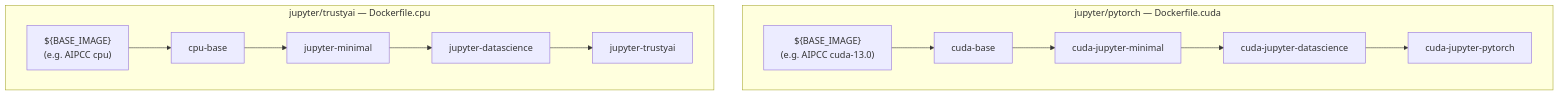
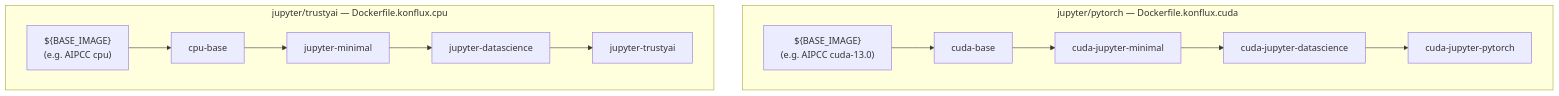
The diagram in docs/developer-guide.md (opendatahub-io/notebooks), drawn with Mermaid before and after one commit. The commit also changed 43 other files, not shown here.

First line of the commit message:
RHAIENG-5164: build: remove Dockerfile symlinks and rename KONFLUX to PRODUCT

````diff
--- a/docs/developer-guide.md
+++ b/docs/developer-guide.md
@@ -17,16 +17,16 @@
 ```mermaid
 flowchart TD
-    subgraph pytorchCuda ["jupyter/pytorch — Dockerfile.cuda"]
+    subgraph pytorchCuda ["jupyter/pytorch — Dockerfile.konflux.cuda"]
         pBase["${BASE_IMAGE}\n(e.g. AIPCC cuda-13.0)"] --> pCudaBase[cuda-base]
         pCudaBase --> pMinimal[cuda-jupyter-minimal]
         pMinimal --> pDS[cuda-jupyter-datascience]
         pDS --> pPT[cuda-jupyter-pytorch]
     end
 
-    subgraph trustyaiCpu ["jupyter/trustyai — Dockerfile.cpu"]
+    subgraph trustyaiCpu ["jupyter/trustyai — Dockerfile.konflux.cpu"]
         tBase["${BASE_IMAGE}\n(e.g. AIPCC cpu)"] --> tCpuBase[cpu-base]
         tCpuBase --> tMinimal[jupyter-minimal]
         tMinimal --> tDS[jupyter-datascience]
         tDS --> tTA[jupyter-trustyai]
     end
 ```
````
